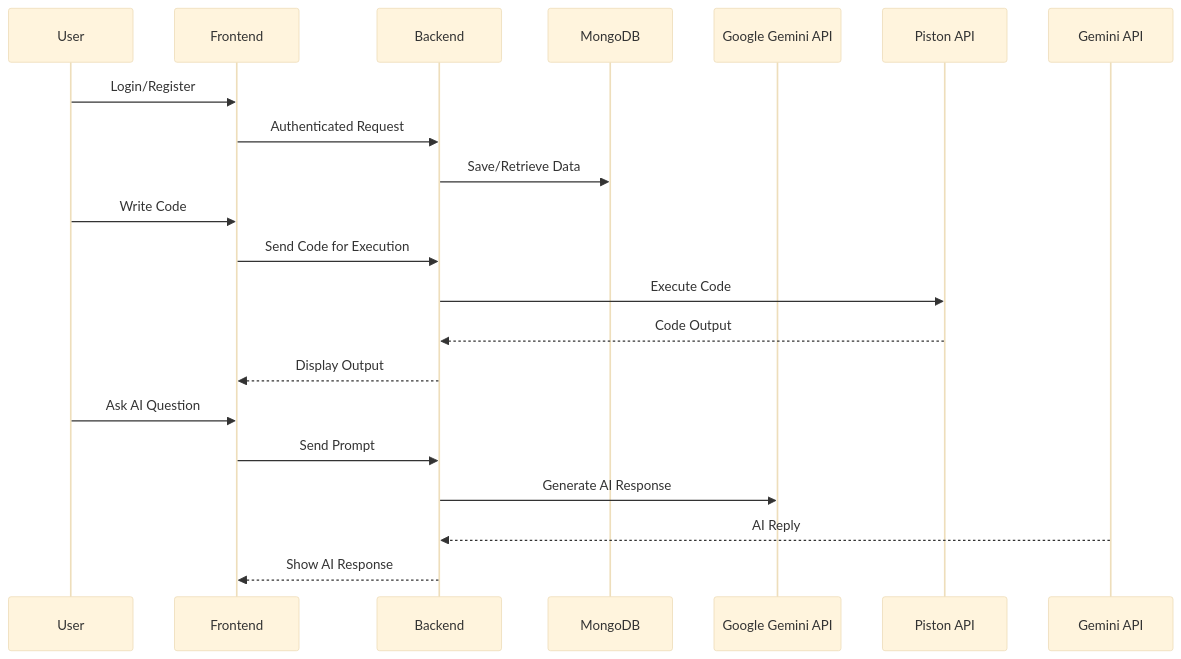
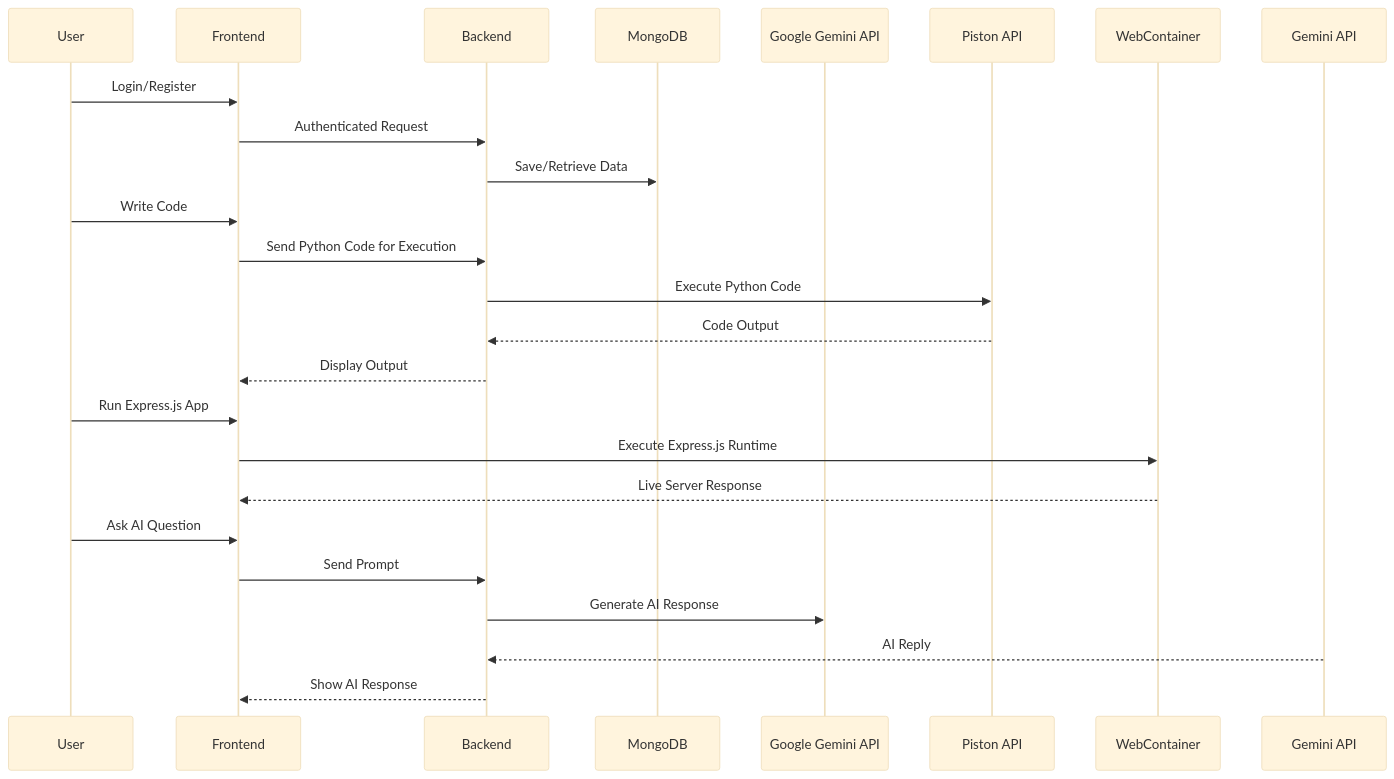
The diagram in Readme.md (201Harsh/CobraAI), drawn with Mermaid (base theme) before and after one commit. The commit also changed other lines of this file, not shown here.

````diff
--- a/Readme.md
+++ b/Readme.md
@@ -68,25 +72,30 @@
 ```mermaid
 sequenceDiagram
     participant User
     participant Frontend
     participant Backend
     participant MongoDB
     participant Google Gemini API
     participant Piston API
+    participant WebContainer
 
     User->>Frontend: Login/Register
     Frontend->>Backend: Authenticated Request
     Backend->>MongoDB: Save/Retrieve Data
 
     User->>Frontend: Write Code
-    Frontend->>Backend: Send Code for Execution
-    Backend->>Piston API: Execute Code
+    Frontend->>Backend: Send Python Code for Execution
+    Backend->>Piston API: Execute Python Code
     Piston API-->>Backend: Code Output
     Backend-->>Frontend: Display Output
+
+    User->>Frontend: Run Express.js App
+    Frontend->>WebContainer: Execute Express.js Runtime
+    WebContainer-->>Frontend: Live Server Response
 
     User->>Frontend: Ask AI Question
     Frontend->>Backend: Send Prompt
     Backend->>Google Gemini API: Generate AI Response
     Gemini API-->>Backend: AI Reply
     Backend-->>Frontend: Show AI Response
 ```
````
